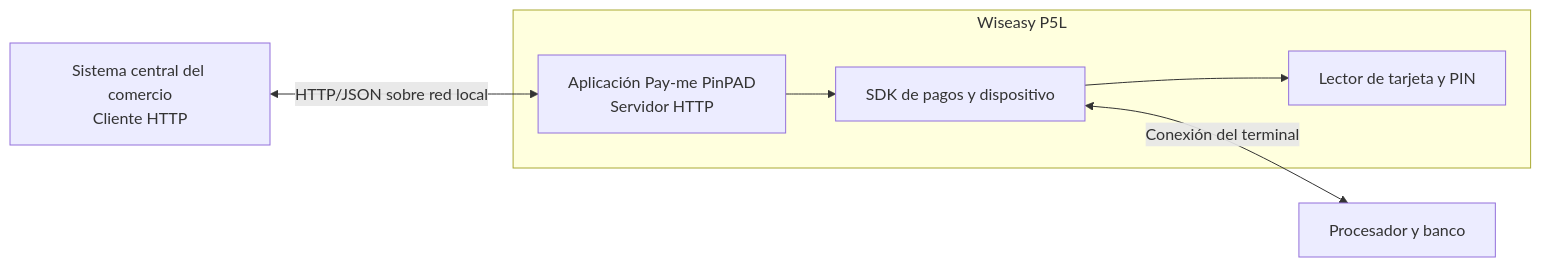
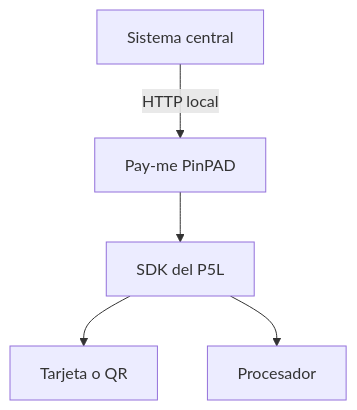
Before and after one commit to alignet-docs/alignet-developers: the diagram in procesamiento-fisico/alignet-transit/arquitectura-y-trazabilidad.mdx, drawn with Mermaid. The commit also changed other lines of this file and 14 other files, not shown here.

````diff
--- a/procesamiento-fisico/alignet-transit/arquitectura-y-trazabilidad.mdx
+++ b/procesamiento-fisico/alignet-transit/arquitectura-y-trazabilidad.mdx
@@ -9,17 +9,7 @@
 ```mermaid
-flowchart LR
-    CENTRAL[Sistema central del comercio<br/>Cliente HTTP]
-
-    subgraph P5L[Wiseasy P5L]
-        PINPAD[Aplicación Pay-me PinPAD<br/>Servidor HTTP]
-        SDK[SDK de pagos y dispositivo]
-        READER[Lector de tarjeta y PIN]
-        PINPAD --> SDK
-        SDK --> READER
-    end
-
-    PLATFORM[Procesador y banco]
-
-    CENTRAL <-->|HTTP/JSON sobre red local| PINPAD
-    SDK <-->|Conexión del terminal| PLATFORM
+flowchart TD
+    CENTRAL[Sistema central] -->|HTTP local| PINPAD[Pay-me PinPAD]
+    PINPAD --> SDK[SDK del P5L]
+    SDK --> INTERACTION[Tarjeta o QR]
+    SDK --> PLATFORM[Procesador]
 ```
````
